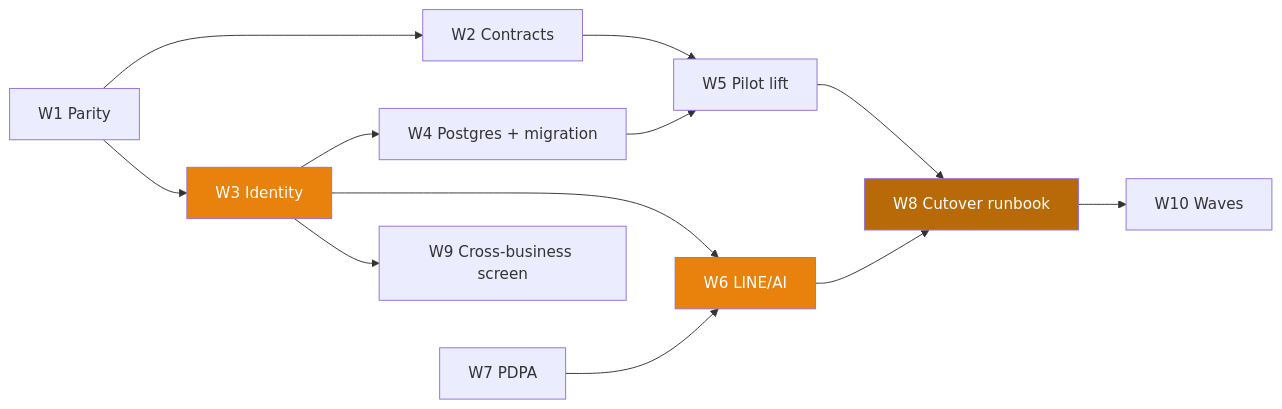
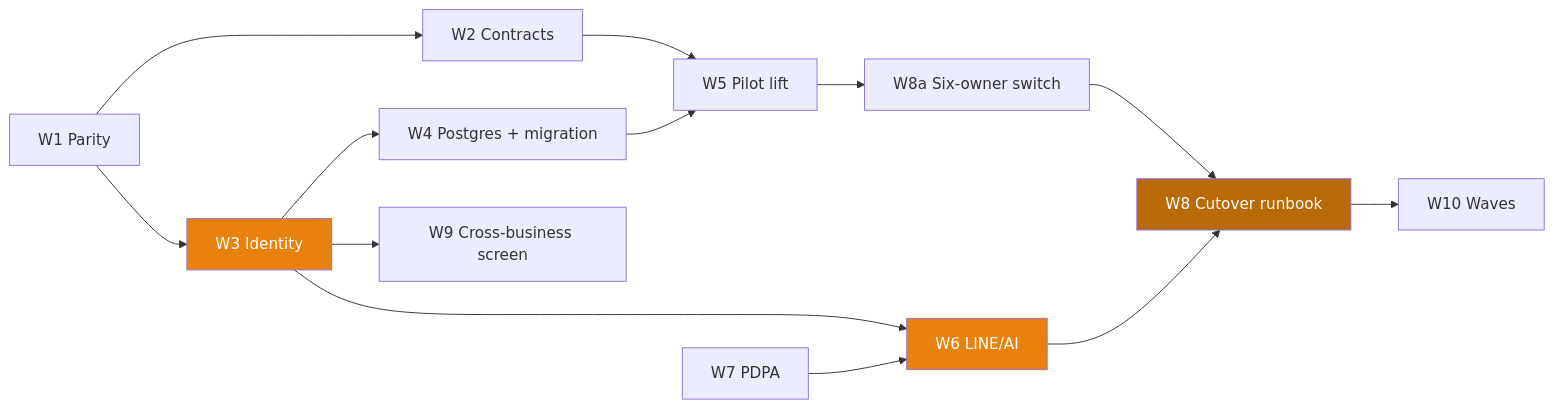
One commit to Freshair129/zuri.ai changed the diagram in docs/replacement/IMPLEMENTATION-PLAN-V2-REPLACE.md. Above: the diagram before and after it, drawn with Mermaid. The commit also changed other lines of this file and 15 other files, not shown here.

````diff
--- a/docs/replacement/IMPLEMENTATION-PLAN-V2-REPLACE.md
+++ b/docs/replacement/IMPLEMENTATION-PLAN-V2-REPLACE.md
@@ -68,17 +70,18 @@
 ```mermaid
 graph LR
     W1[W1 Parity] --> W2[W2 Contracts]
     W1 --> W3[W3 Identity]
     W3 --> W4[W4 Postgres + migration]
     W2 --> W5[W5 Pilot lift]
     W4 --> W5
     W3 --> W6[W6 LINE/AI]
     W7[W7 PDPA] --> W6
-    W5 --> W8[W8 Cutover runbook]
+    W5 --> W8a[W8a Six-owner switch]
+    W8a --> W8[W8 Cutover runbook]
     W6 --> W8
     W8 --> W10[W10 Waves]
     W3 --> W9[W9 Cross-business screen]
     style W3 fill:#E8820C,color:#fff
     style W6 fill:#E8820C,color:#fff
     style W8 fill:#B86A08,color:#fff
 ```
````
